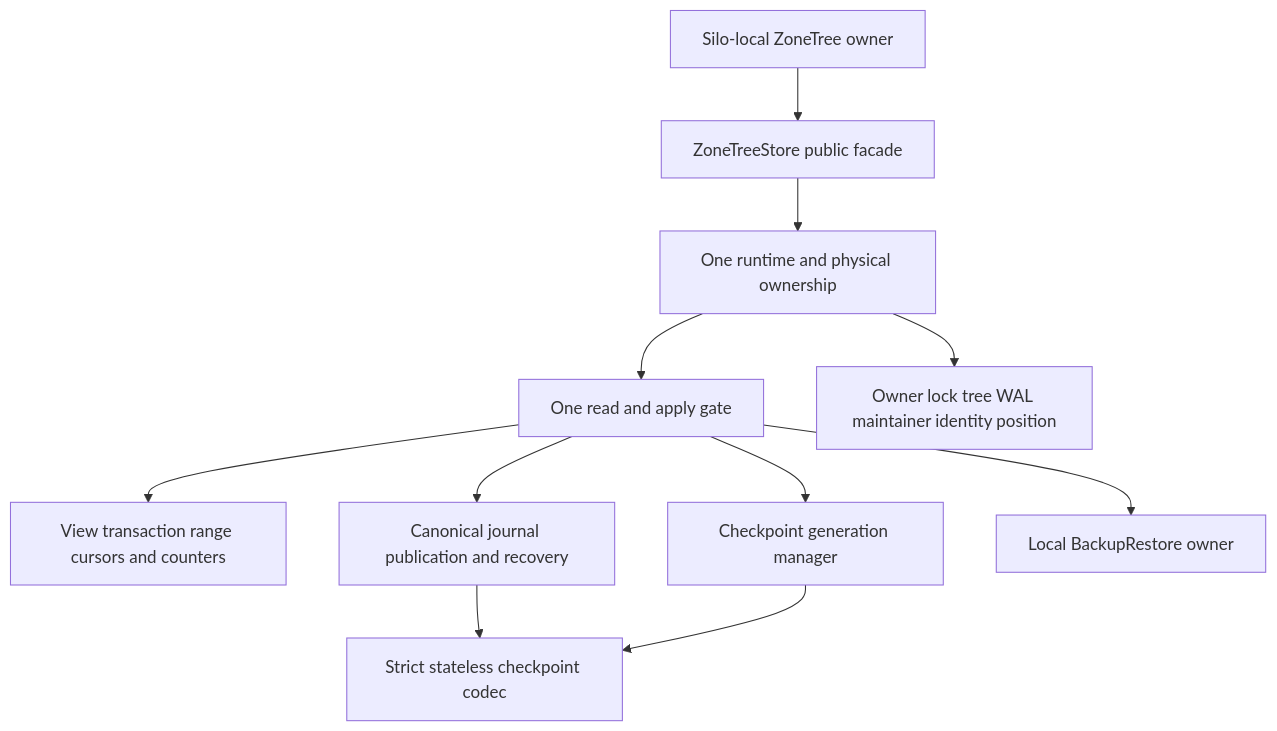
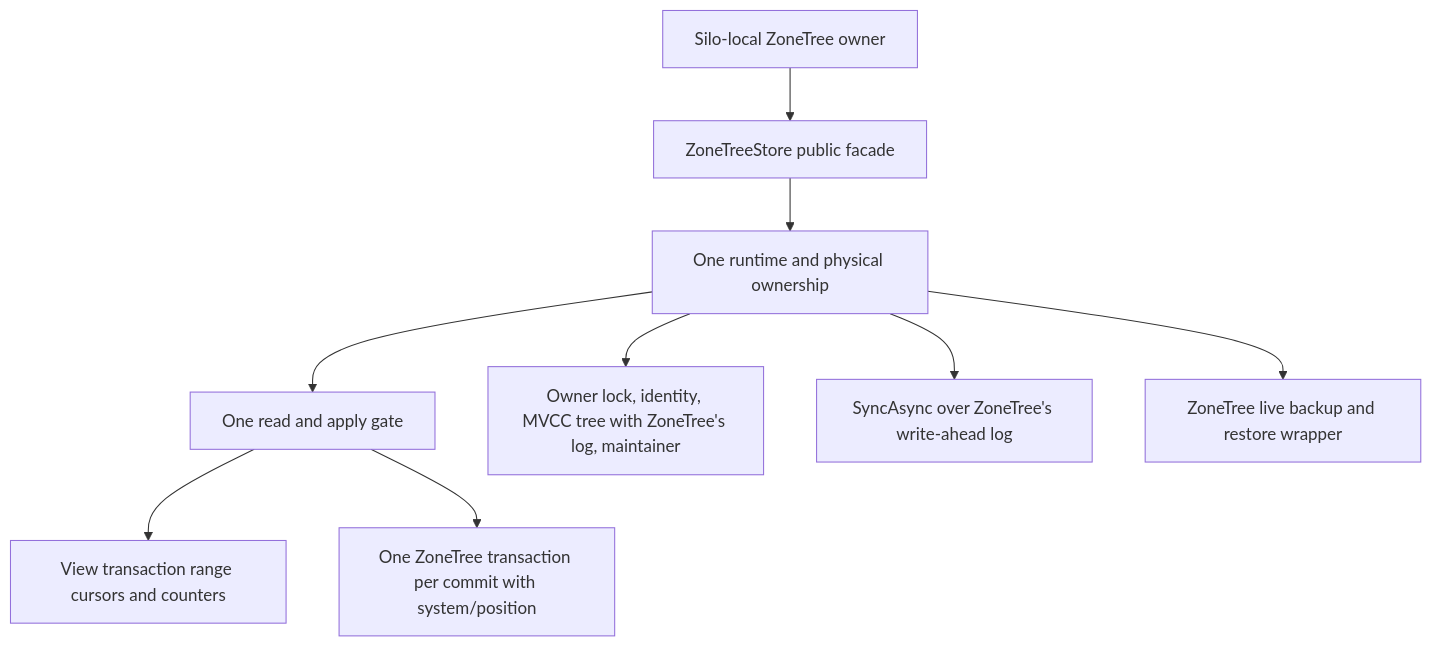
Before and after one commit to managedcode/KeyLoad: the diagram in docs/ADR/ADR-046-storage-private-owners.md, drawn with Mermaid. The commit also changed other lines of this file and 1072 other files, not shown here.

First line of the commit message:
Use native ZoneTree storage, snapshots and backup operations

````diff
--- a/docs/ADR/ADR-046-storage-private-owners.md
+++ b/docs/ADR/ADR-046-storage-private-owners.md
@@ -62,13 +42,11 @@
 ```mermaid
 flowchart TD
     Host[Silo-local ZoneTree owner] --> Facade[ZoneTreeStore public facade]
     Facade --> Runtime[One runtime and physical ownership]
     Runtime --> Gate[One read and apply gate]
-    Runtime --> Handles[Owner lock tree WAL maintainer identity position]
+    Runtime --> Handles[Owner lock, identity, MVCC tree with ZoneTree's log, maintainer]
     Gate --> Reads[View transaction range cursors and counters]
-    Gate --> Journal[Canonical journal publication and recovery]
-    Gate --> Generations[Checkpoint generation manager]
-    Journal --> Codec[Strict stateless checkpoint codec]
-    Generations --> Codec
-    Gate --> Backup[Local BackupRestore owner]
+    Gate --> Publication[One ZoneTree transaction per commit with system/position]
+    Runtime --> Sync[SyncAsync over ZoneTree's write-ahead log]
+    Runtime --> Backup[ZoneTree live backup and restore wrapper]
 ```
````
